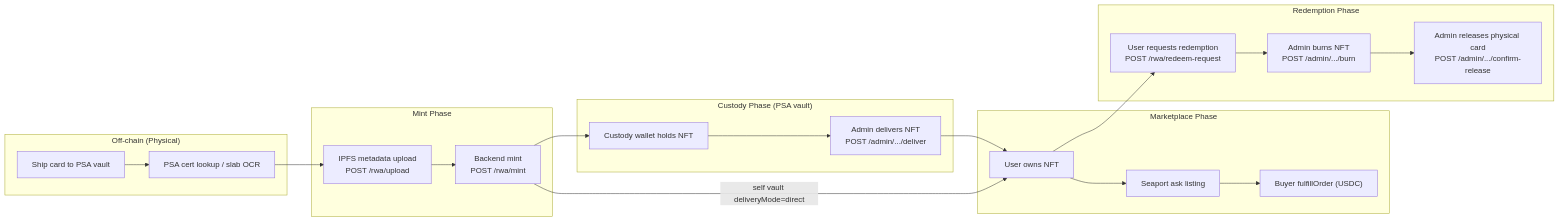
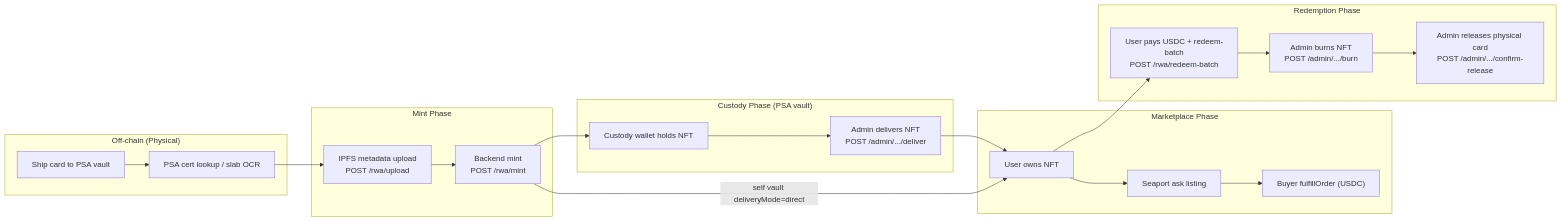
The diagram in docs/architecture/vault-lifecycle.md (tokenable-dev/tokenable-dev), drawn with Mermaid before and after one commit. The commit also changed other lines of this file and 293 other files, not shown here.

````diff
--- a/docs/architecture/vault-lifecycle.md
+++ b/docs/architecture/vault-lifecycle.md
@@ -9,35 +9,35 @@
 ```mermaid
 flowchart LR
   subgraph offchain ["Off-chain (Physical)"]
     Ship["Ship card to PSA vault"]
     Verify["PSA cert lookup / slab OCR"]
   end
 
   subgraph mint ["Mint Phase"]
     Upload["IPFS metadata upload<br/>POST /rwa/upload"]
     BackendMint["Backend mint<br/>POST /rwa/mint"]
   end
 
   subgraph custody ["Custody Phase (PSA vault)"]
     Hold["Custody wallet holds NFT"]
     AdminDeliver["Admin delivers NFT<br/>POST /admin/.../deliver"]
   end
 
   subgraph market ["Marketplace Phase"]
     Own["User owns NFT"]
     List["Seaport ask listing"]
     Buy["Buyer fulfillOrder (USDC)"]
   end
 
   subgraph redeem ["Redemption Phase"]
-    Request["User requests redemption<br/>POST /rwa/redeem-request"]
+    Request["User pays USDC + redeem-batch<br/>POST /rwa/redeem-batch"]
     Burn["Admin burns NFT<br/>POST /admin/.../burn"]
     Release["Admin releases physical card<br/>POST /admin/.../confirm-release"]
   end
 
   Ship --> Verify --> Upload --> BackendMint
   BackendMint --> Hold --> AdminDeliver --> Own
   BackendMint -->|"self vault deliveryMode=direct"| Own
   Own --> List --> Buy
   Own --> Request --> Burn --> Release
 ```
````
